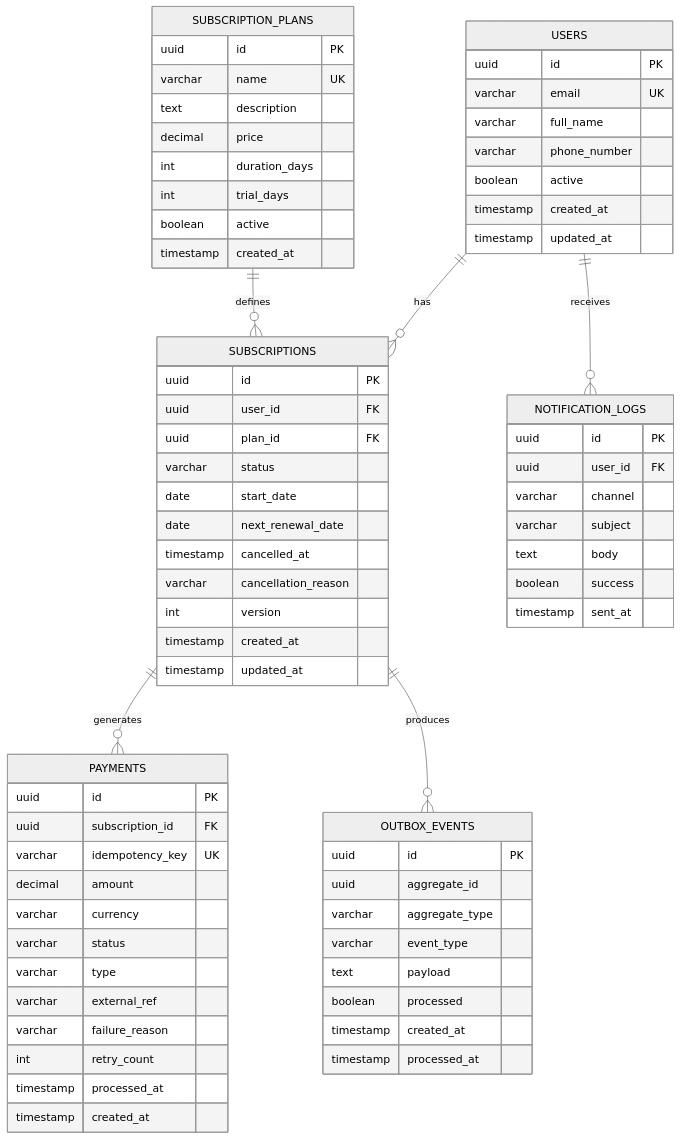
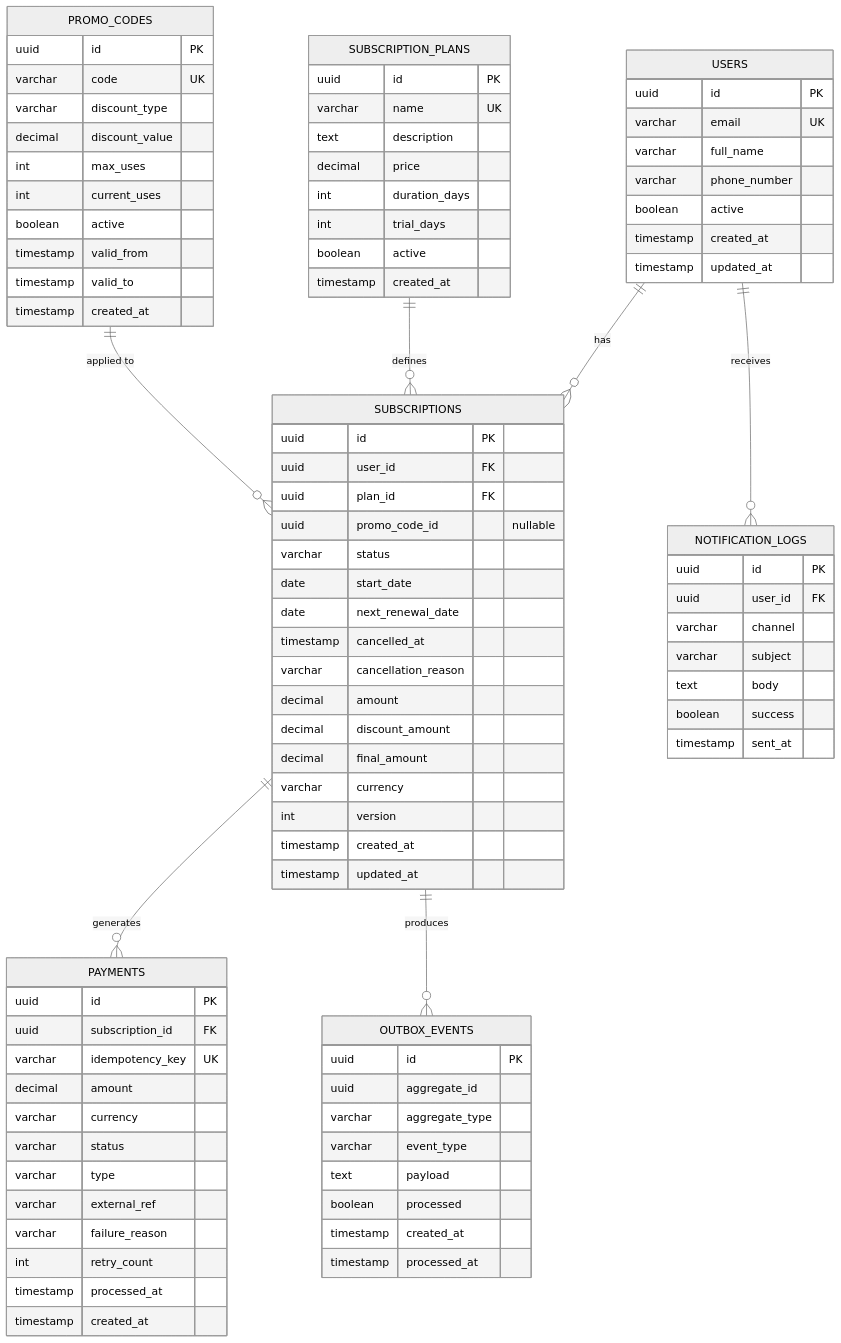
One commit to AhmetOzyilmaz/mini-sardis changed the sixth of 11 diagrams in claude/prd.md. Above: the diagram before and after it, drawn with Mermaid (neutral theme). The commit also changed other lines of this file and 64 other files, not shown here.

First line of the commit message:
Add sardis-common shared library and promo code feature

```diff
--- a/claude/prd.md
+++ b/claude/prd.md
@@ -406,6 +429,7 @@
     SUBSCRIPTIONS ||--o{ PAYMENTS : "generates"
     SUBSCRIPTIONS ||--o{ OUTBOX_EVENTS : "produces"
     USERS ||--o{ NOTIFICATION_LOGS : "receives"
+    PROMO_CODES ||--o{ SUBSCRIPTIONS : "applied to"
 
     USERS {
         uuid id PK
@@ -432,14 +456,32 @@
         uuid id PK
         uuid user_id FK
         uuid plan_id FK
+        uuid promo_code_id "nullable"
         varchar status
         date start_date
         date next_renewal_date
         timestamp cancelled_at
         varchar cancellation_reason
+        decimal amount
+        decimal discount_amount
+        decimal final_amount
+        varchar currency
         int version
         timestamp created_at
         timestamp updated_at
+    }
+
+    PROMO_CODES {
+        uuid id PK
+        varchar code UK
+        varchar discount_type
+        decimal discount_value
+        int max_uses
+        int current_uses
+        boolean active
+        timestamp valid_from
+        timestamp valid_to
+        timestamp created_at
     }
 
     PAYMENTS {
```
